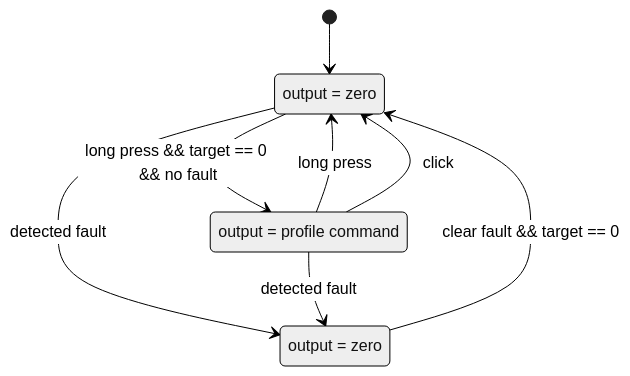
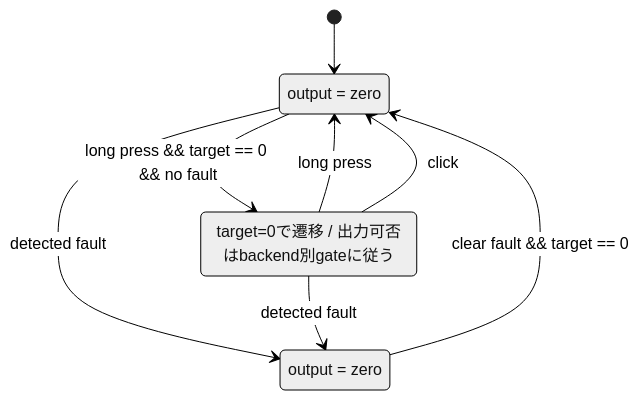
Before and after one commit to Yuichiroh-Kobayashi/DinMeter_ScrambleMDtest: the diagram in docs/architecture/safety_state_machine.md, drawn with Mermaid (neutral theme). The commit also changed other lines of this file and 8 other files, not shown here.

````diff
--- a/docs/architecture/safety_state_machine.md
+++ b/docs/architecture/safety_state_machine.md
@@ -3,15 +3,15 @@
 ```mermaid
 stateDiagram-v2
     [*] --> Disabled
 
     Disabled --> Armed: long press && target == 0 && no fault
     Armed --> Disabled: long press
     Armed --> Disabled: click
     Disabled --> Fault: detected fault
     Armed --> Fault: detected fault
     Fault --> Disabled: clear fault && target == 0
 
     Disabled: output = zero
-    Armed: output = profile command
+    Armed: target=0で遷移 / 出力可否はbackend別gateに従う
     Fault: output = zero
 ```
````
